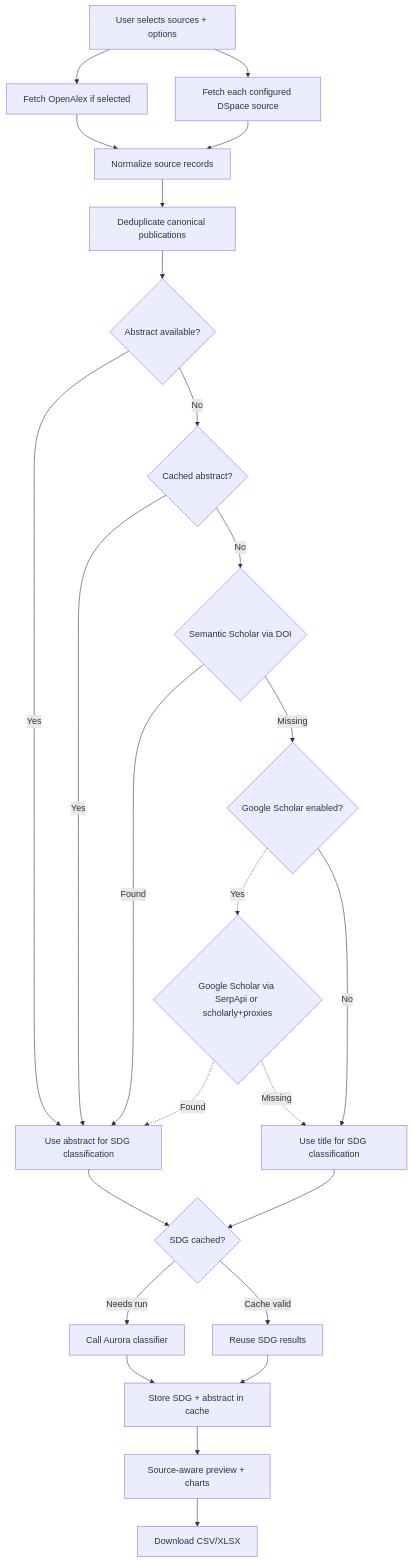
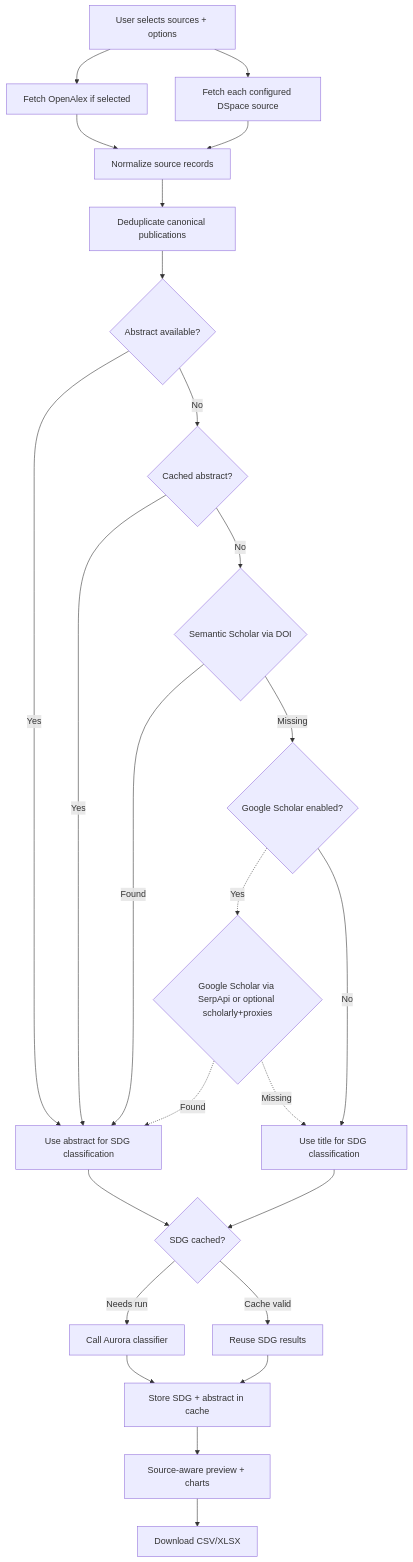
One commit to jmiba/Aurora-SDG-Publication-Classifier changed the diagram in README.md. Above: the diagram before and after it, drawn with Mermaid. The commit also changed other lines of this file and 9 other files, not shown here.

Commit message:
Refactor Google Scholar integration to improve fallback handling; update documentation and requirements for optional scholarly support

````diff
--- a/README.md
+++ b/README.md
@@ -35,27 +35,27 @@
 ```mermaid
 flowchart TB
     A[User selects sources + options] --> B1[Fetch OpenAlex if selected]
     A --> B2[Fetch each configured DSpace source]
     B1 --> B[Normalize source records]
     B2 --> B
     B --> B3[Deduplicate canonical publications]
     B3 --> C{Abstract available?}
     C -->|Yes| D[Use abstract for SDG classification]
     C -->|No| E{Cached abstract?}
     E -->|Yes| D
     E -->|No| F{Semantic Scholar via DOI}
     F -->|Found| D
     F -->|Missing| G{Google Scholar enabled?}
     I -.->|Missing| H[Use title for SDG classification]
     G -->|No| H
-    G -.->|Yes| I{Google Scholar via SerpApi or scholarly+proxies}
+    G -.->|Yes| I{Google Scholar via SerpApi or optional scholarly+proxies}
     I -.->|Found| D
     D --> J{SDG cached?}
     H --> J
     J -->|Cache valid| K[Reuse SDG results]
     J -->|Needs run| L[Call Aurora classifier]
     L --> M[Store SDG + abstract in cache]
     K --> M
     M --> N[Source-aware preview + charts]
     N --> O[Download CSV/XLSX]
 ```
````
